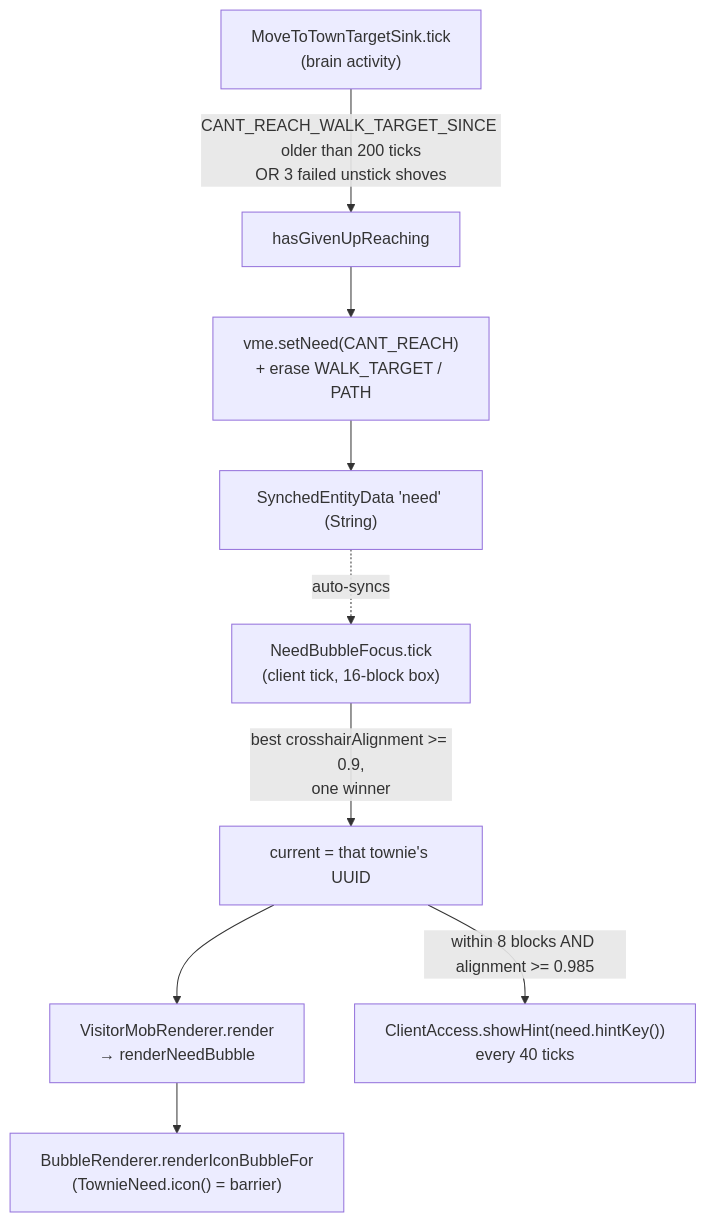
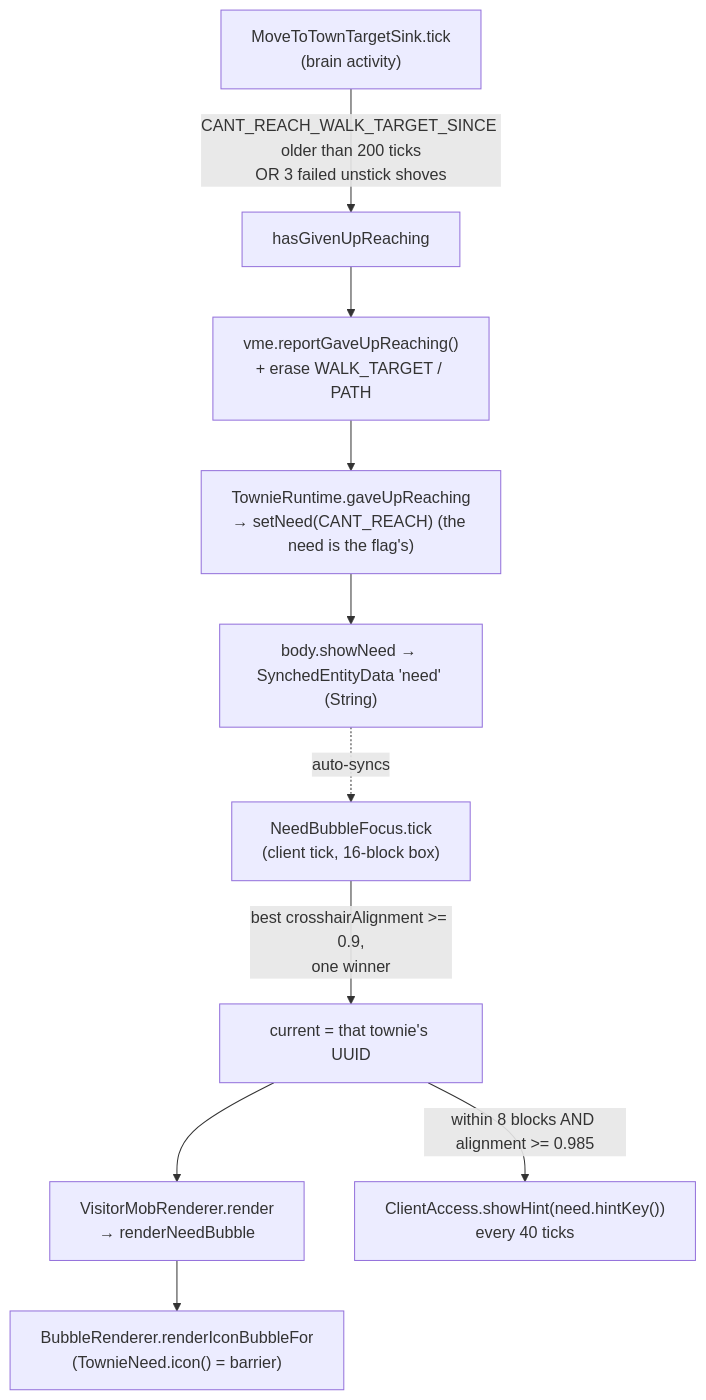
Before and after one commit to bradsk88/Questown: the first of 4 diagrams in src/main/java/ca/bradj/questown/mobs/visitor/COMPLEX.md, drawn with Mermaid. The commit also changed other lines of this file and 6 other files, not shown here.

````diff
--- a/src/main/java/ca/bradj/questown/mobs/visitor/COMPLEX.md
+++ b/src/main/java/ca/bradj/questown/mobs/visitor/COMPLEX.md
@@ -13,15 +13,16 @@
 ```mermaid
 flowchart TD
     Sink["MoveToTownTargetSink.tick<br/>(brain activity)"]
     Sink -->|"CANT_REACH_WALK_TARGET_SINCE older than 200 ticks<br/>OR 3 failed unstick shoves"| GiveUp["hasGivenUpReaching"]
-    GiveUp --> Set["vme.setNeed(CANT_REACH)<br/>+ erase WALK_TARGET / PATH"]
-    Set --> Data["SynchedEntityData 'need' (String)"]
+    GiveUp --> Set["vme.reportGaveUpReaching()<br/>+ erase WALK_TARGET / PATH"]
+    Set --> Runtime["TownieRuntime.gaveUpReaching<br/>→ setNeed(CANT_REACH) (the need is the flag's)"]
+    Runtime --> Data["body.showNeed → SynchedEntityData 'need' (String)"]
 
     Data -.auto-syncs.-> Focus["NeedBubbleFocus.tick<br/>(client tick, 16-block box)"]
     Focus -->|"best crosshairAlignment >= 0.9,<br/>one winner"| Hold["current = that townie's UUID"]
 
     Hold --> Render["VisitorMobRenderer.render<br/>→ renderNeedBubble"]
     Render --> Bubble["BubbleRenderer.renderIconBubbleFor<br/>(TownieNeed.icon() = barrier)"]
 
     Hold -->|"within 8 blocks AND alignment >= 0.985"| Hint["ClientAccess.showHint(need.hintKey())<br/>every 40 ticks"]
 ```
````
